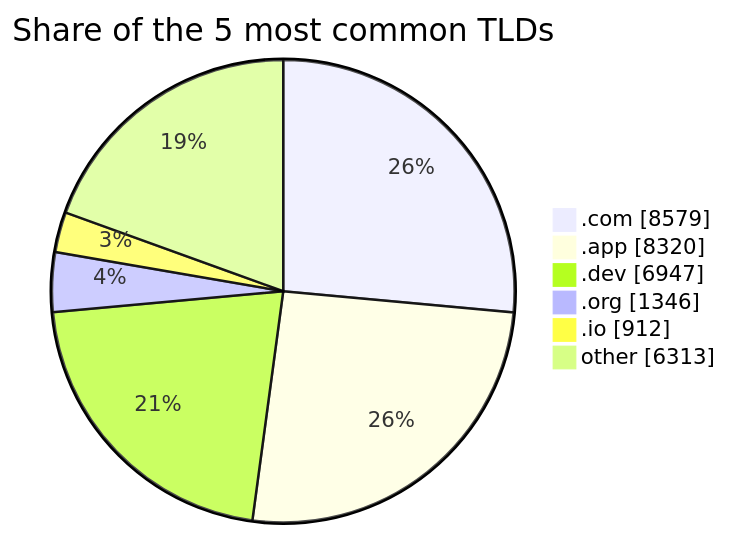
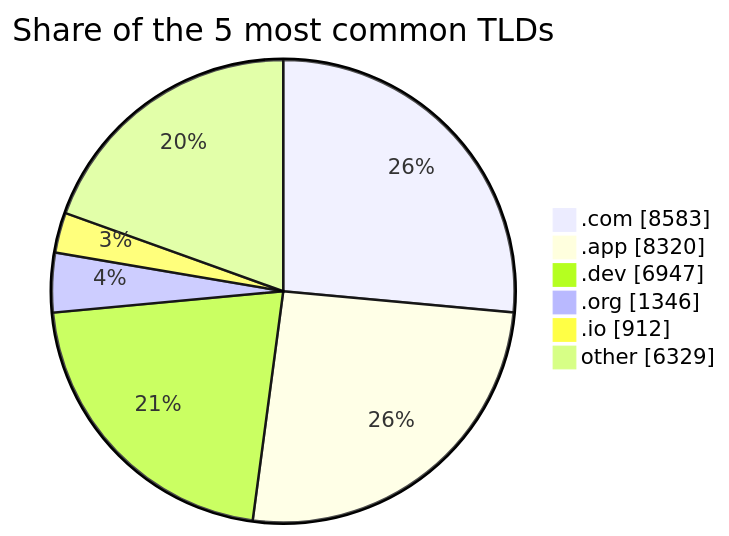
One commit to DNSBunker/CTI changed the second of 2 diagrams in README.md. Above: the diagram before and after it, drawn with Mermaid. The commit also changed other lines of this file and 3 other files, not shown here.

````diff
--- a/README.md
+++ b/README.md
@@ -72,9 +72,9 @@
 ```mermaid
 pie showData title Share of the 5 most common TLDs
-    ".com" : 8579
+    ".com" : 8583
     ".app" : 8320
     ".dev" : 6947
     ".org" : 1346
     ".io" : 912
-    "other" : 6313
+    "other" : 6329
 ```
````
